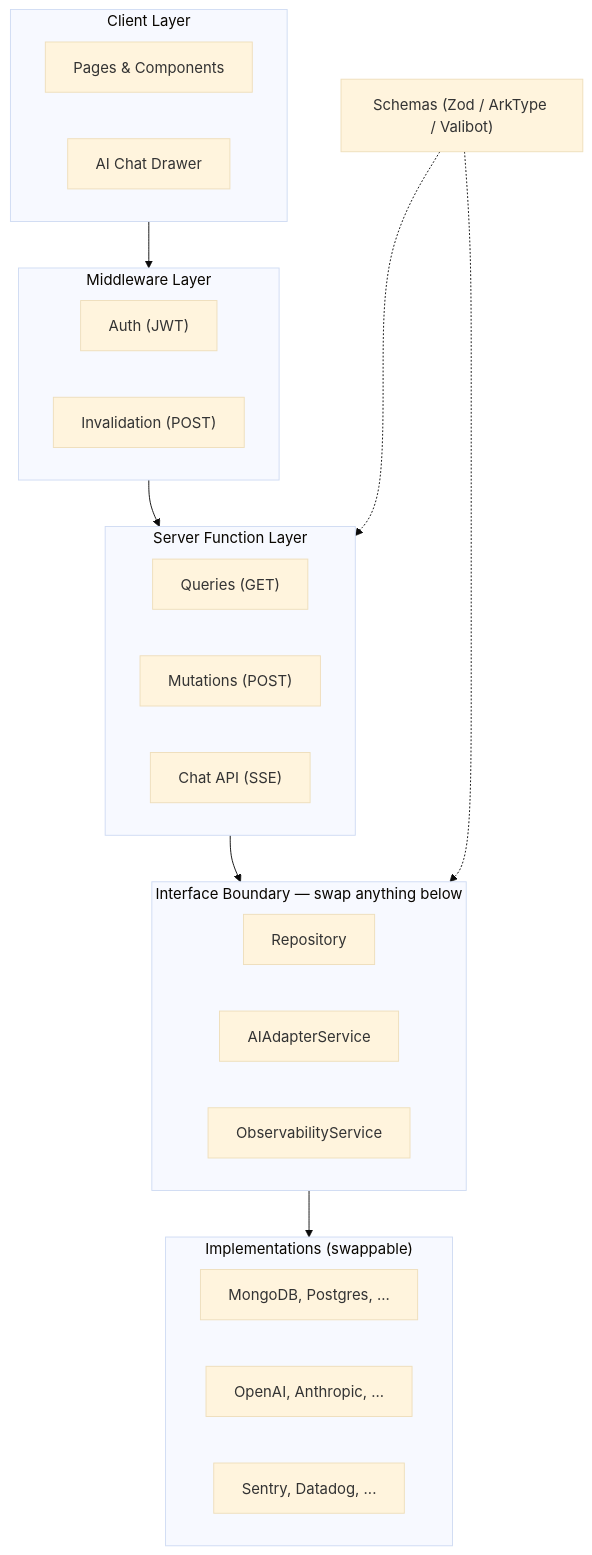
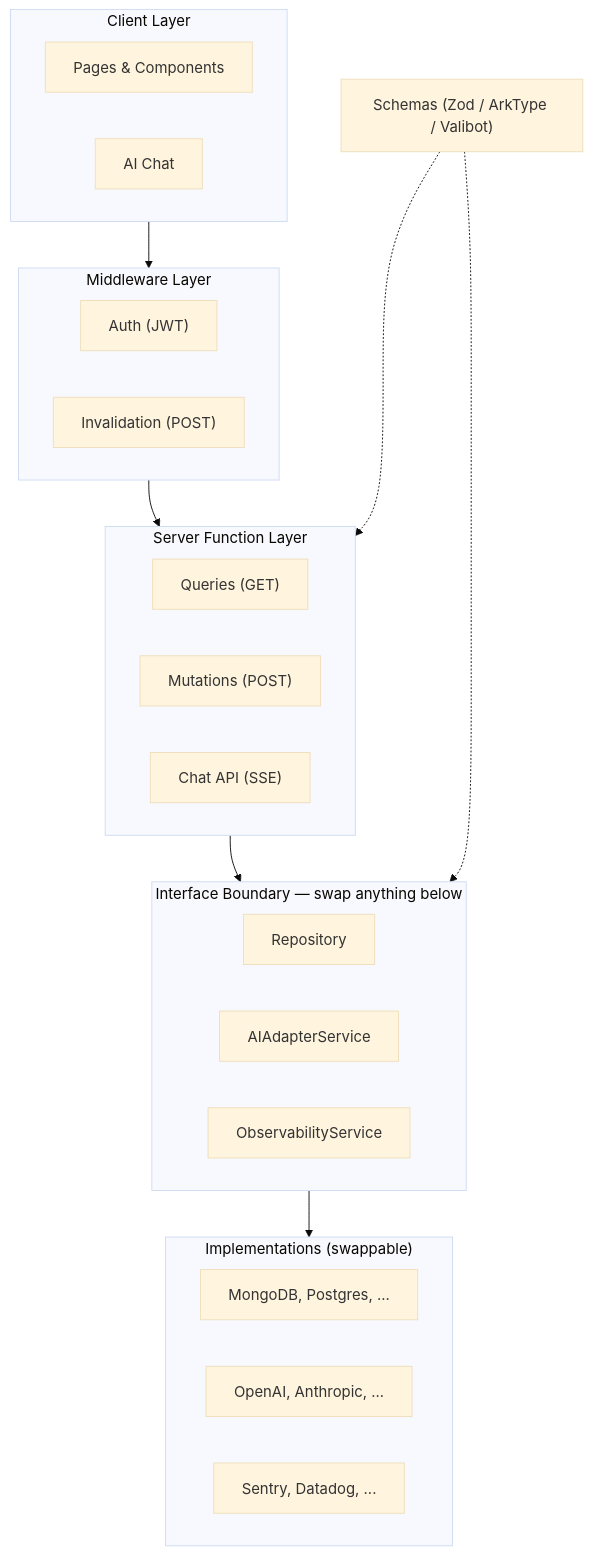
Before and after one commit to carlosvin/tanstack-fullstack-ai-template: the diagram in README.md, drawn with Mermaid (base theme). The commit also changed other lines of this file, not shown here.

First line of the commit message:
docs: rewrite README to lead with architecture story (#66)

````diff
--- a/README.md
+++ b/README.md
@@ -84,43 +85,43 @@
 ```mermaid
 flowchart TB
     subgraph Client ["Client Layer"]
         direction LR
         Pages["Pages & Components"]
-        Chat["AI Chat Drawer"]
+        Chat["AI Chat"]
     end
 
     subgraph Mid ["Middleware Layer"]
         direction LR
         AuthMW["Auth (JWT)"]
         InvMW["Invalidation (POST)"]
     end
 
     subgraph Server ["Server Function Layer"]
         direction LR
         GET["Queries (GET)"]
         POST["Mutations (POST)"]
         SSE["Chat API (SSE)"]
     end
 
     subgraph Boundary ["Interface Boundary — swap anything below"]
         direction LR
         Repo["Repository"]
         AI["AIAdapterService"]
         Obs["ObservabilityService"]
     end
 
     subgraph Impl ["Implementations (swappable)"]
         direction LR
         DB["MongoDB, Postgres, ..."]
         LLM["OpenAI, Anthropic, ..."]
         Mon["Sentry, Datadog, ..."]
     end
 
     Schemas["Schemas (Zod / ArkType / Valibot)"]
 
     Client --> Mid --> Server
     Server --> Boundary
     Boundary --> Impl
     Schemas -..-> Server
     Schemas -..-> Boundary
 ```
````
